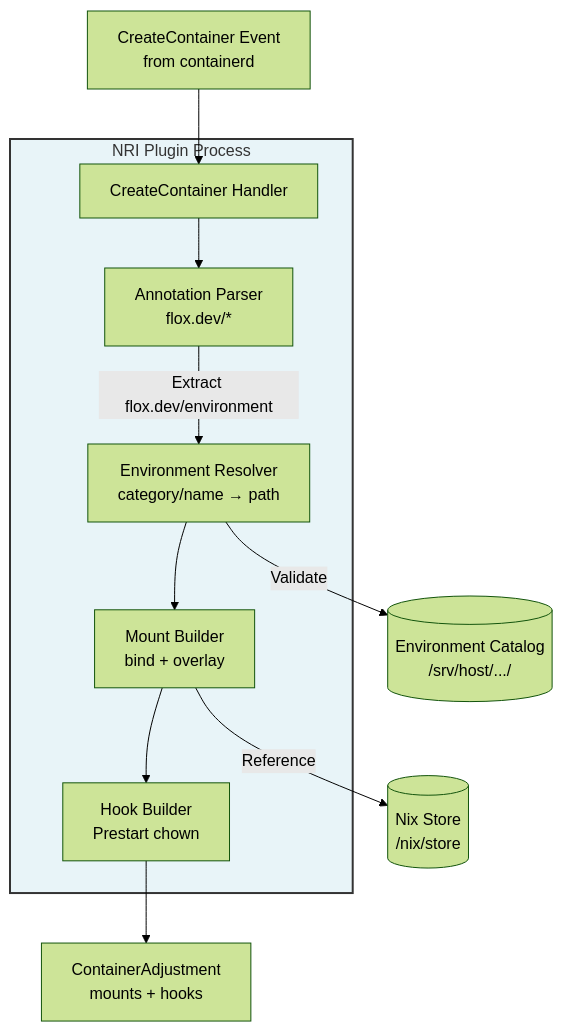
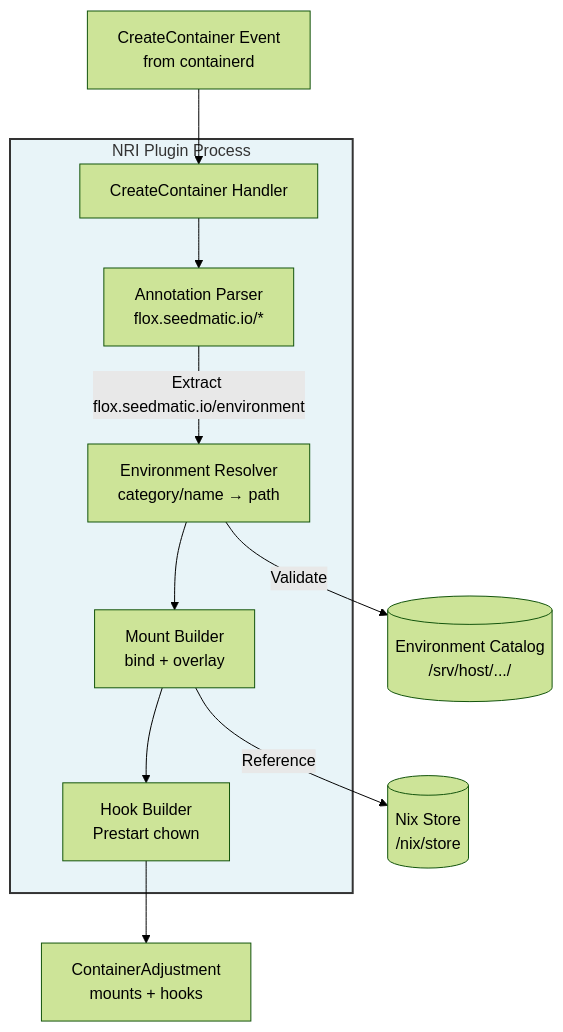
One commit to nxmatic/rke2lab changed the fifth of 8 diagrams in docs/architecture/nri-plugin-c4-diagrams.adoc. Above: the diagram before and after it, drawn with Mermaid (forest theme). The commit also changed other lines of this file and 2 other files, not shown here.

First line of the commit message:
docs(flox): migrate the pod annotation to flox.seedmatic.io/*

```diff
--- a/docs/architecture/nri-plugin-c4-diagrams.adoc
+++ b/docs/architecture/nri-plugin-c4-diagrams.adoc
@@ -208,29 +208,29 @@
 [mermaid]
 ....
 flowchart TB
     Event[CreateContainer Event<br/>from containerd]
 
     subgraph NRI["NRI Plugin Process"]
         Handler[CreateContainer Handler]
-        Parser[Annotation Parser<br/>flox.dev/*]
+        Parser[Annotation Parser<br/>flox.seedmatic.io/*]
         Resolver[Environment Resolver<br/>category/name → path]
         MountBuilder[Mount Builder<br/>bind + overlay]
         HookBuilder[Hook Builder<br/>Prestart chown]
     end
 
     Catalog[(Environment Catalog<br/>/srv/host/.../)]
     Store[(Nix Store<br/>/nix/store)]
 
     Result[ContainerAdjustment<br/>mounts + hooks]
 
     Event --> Handler
     Handler --> Parser
-    Parser -->|Extract flox.dev/environment| Resolver
+    Parser -->|Extract flox.seedmatic.io/environment| Resolver
     Resolver -->|Validate| Catalog
     Resolver --> MountBuilder
     MountBuilder -->|Reference| Store
     MountBuilder --> HookBuilder
     HookBuilder --> Result
 
     style NRI fill:#e8f4f8,stroke:#333,stroke-width:2px
 ....
```
